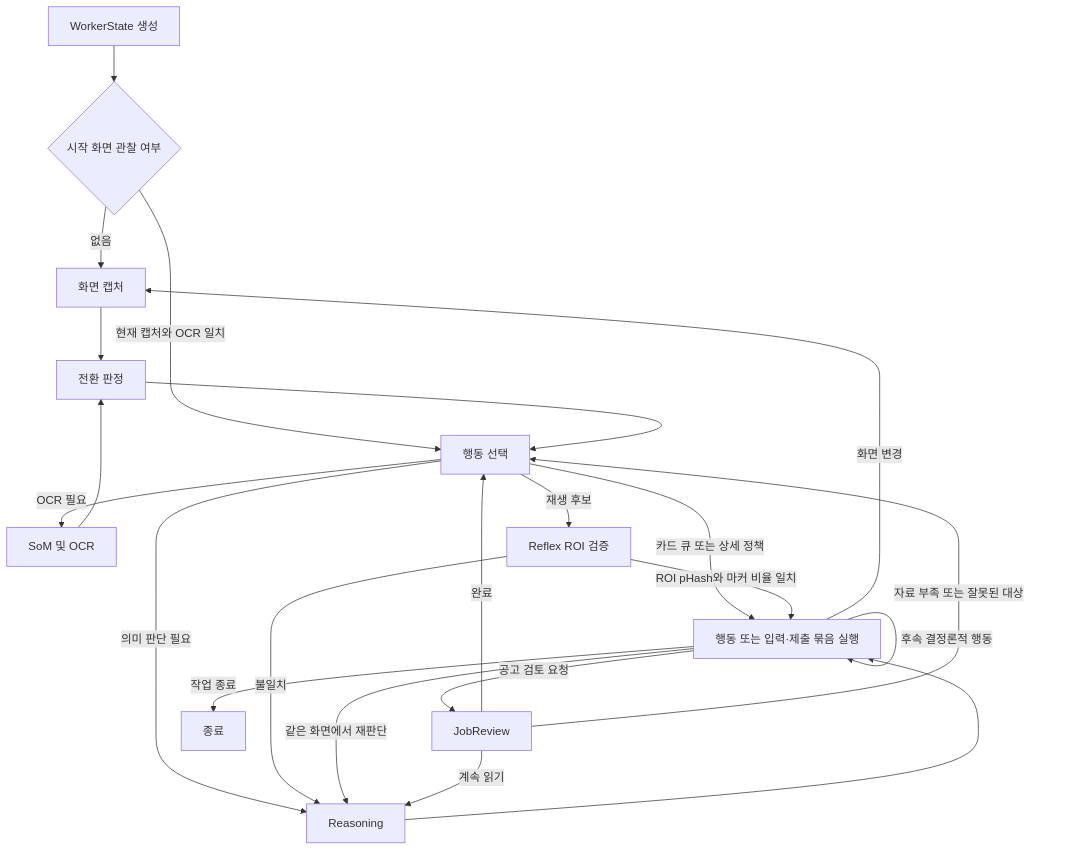
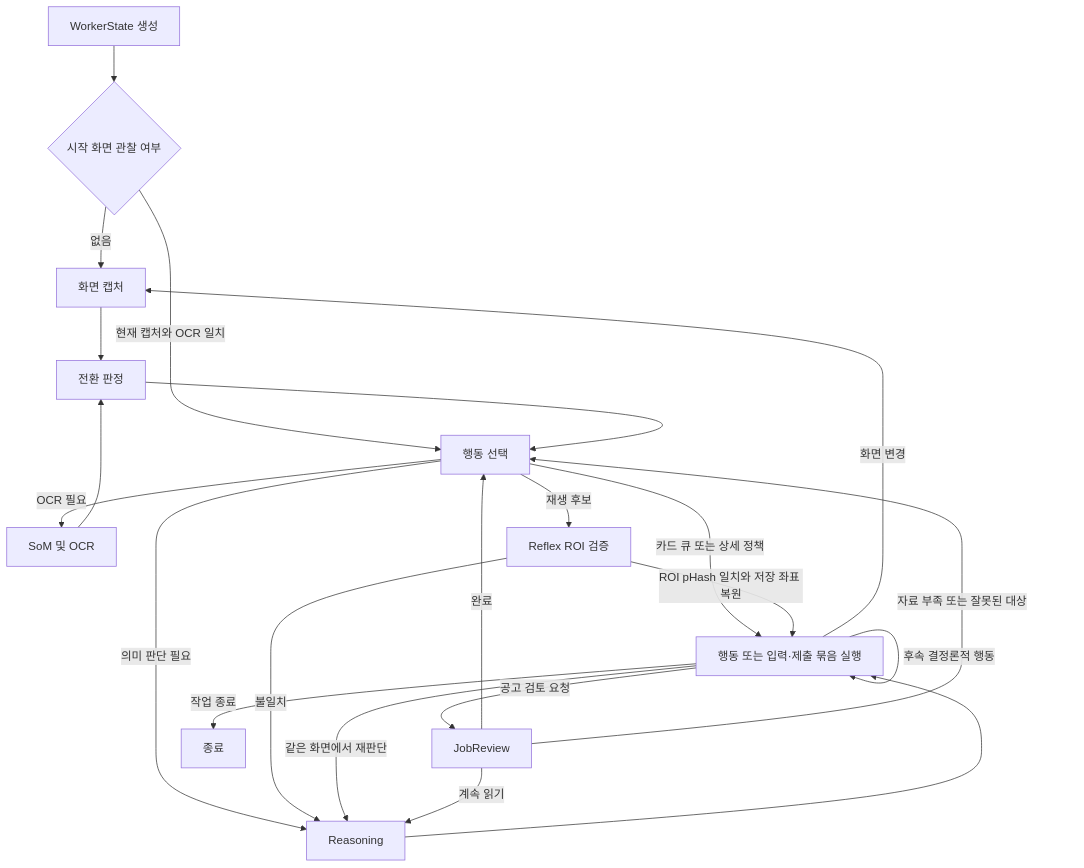
Before and after one commit to Dreamtreeme/L2C: the second of 2 diagrams in ARCHITECTURE.md, drawn with Mermaid. The commit also changed other lines of this file and 8 other files, not shown here.

````diff
--- a/ARCHITECTURE.md
+++ b/ARCHITECTURE.md
@@ -53,24 +53,24 @@
 ```mermaid
 flowchart TD
     S[WorkerState 생성] --> START{시작 화면 관찰 여부}
     START -->|없음| CAPTURE[화면 캡처]
     START -->|현재 캡처와 OCR 일치| SELECT[행동 선택]
     CAPTURE[화면 캡처] --> TRANSITION[전환 판정]
     TRANSITION --> SELECT
     OCR[SoM 및 OCR] --> TRANSITION
     SELECT -->|OCR 필요| OCR
     SELECT -->|카드 큐 또는 상세 정책| EXECUTION[행동 또는 입력·제출 묶음 실행]
     SELECT -->|재생 후보| REFLEX[Reflex ROI 검증]
     SELECT -->|의미 판단 필요| REASON[Reasoning]
-    REFLEX -->|ROI pHash와 마커 비율 일치| EXECUTION
+    REFLEX -->|ROI pHash 일치와 저장 좌표 복원| EXECUTION
     REFLEX -->|불일치| REASON
     REASON --> EXECUTION
     EXECUTION -->|화면 변경| CAPTURE
     EXECUTION -->|같은 화면에서 재판단| REASON
     EXECUTION -->|후속 결정론적 행동| EXECUTION
     EXECUTION -->|공고 검토 요청| REVIEW[JobReview]
     REVIEW -->|계속 읽기| REASON
     REVIEW -->|완료| SELECT
     REVIEW -->|자료 부족 또는 잘못된 대상| SELECT
     EXECUTION -->|작업 종료| END[종료]
 ```
````
